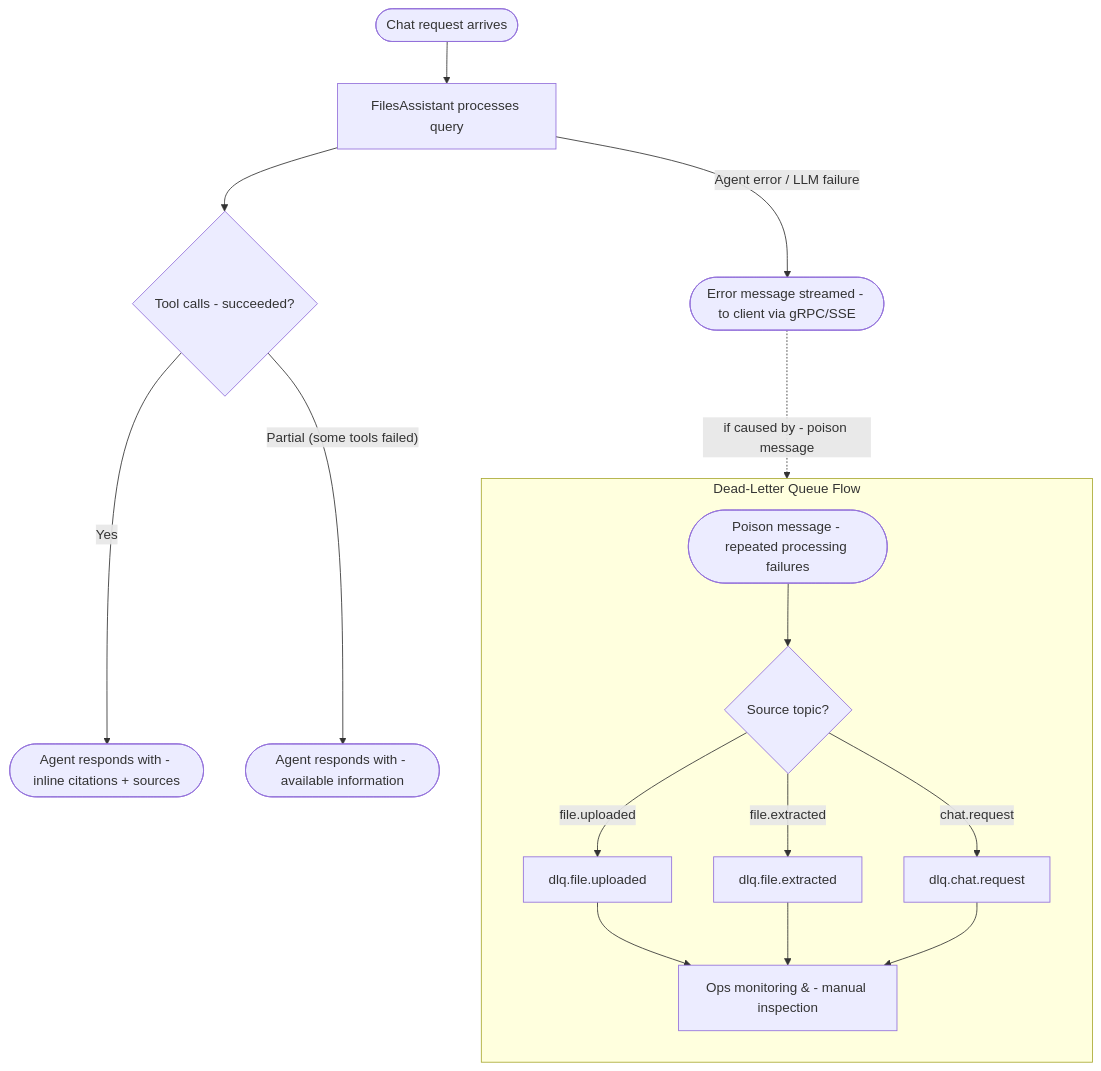
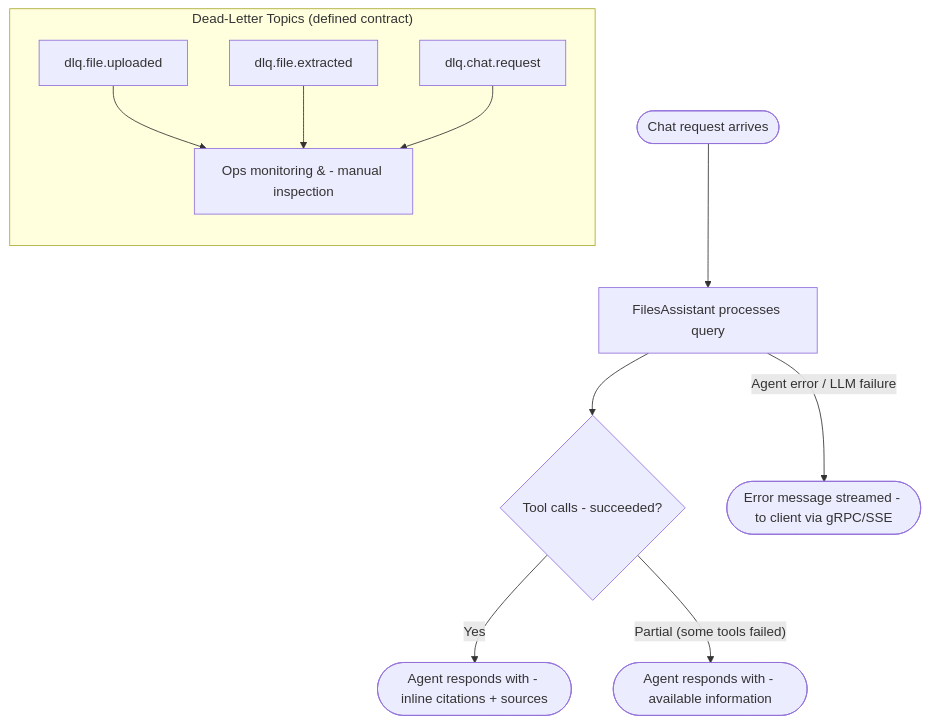
Before and after one commit to JackTran15/files-assistant-system: the fifth of 6 diagrams in docs/scenarios.md, drawn with Mermaid. The commit also changed other lines of this file, not shown here.

Commit message:
feat: enhance citation handling and clarify system architecture in documentation

````diff
--- a/docs/scenarios.md
+++ b/docs/scenarios.md
@@ -253,25 +255,22 @@
 ```mermaid
 flowchart TD
     Start(["Chat request arrives"]) --> Agent["FilesAssistant processes query"]
 
     Agent --> ToolOK{"Tool calls - succeeded?"}
 
     ToolOK -- Yes --> Respond(["Agent responds with - inline citations + sources"])
 
     ToolOK -- "Partial (some tools failed)" --> Partial(["Agent responds with - available information"])
 
     Agent -- "Agent error / LLM failure" --> ErrorMsg(["Error message streamed - to client via gRPC/SSE"])
 
-    subgraph DLQ["Dead-Letter Queue Flow"]
+    subgraph DLQ["Dead-Letter Topics (defined contract)"]
         direction TB
-        Poison(["Poison message - repeated processing failures"]) --> DLQRoute{"Source topic?"}
-        DLQRoute -- "file.uploaded" --> DLQF["dlq.file.uploaded"]
-        DLQRoute -- "file.extracted" --> DLQE["dlq.file.extracted"]
-        DLQRoute -- "chat.request" --> DLQC["dlq.chat.request"]
+        DLQF["dlq.file.uploaded"]
+        DLQE["dlq.file.extracted"]
+        DLQC["dlq.chat.request"]
         DLQF --> Monitor["Ops monitoring & - manual inspection"]
         DLQE --> Monitor
         DLQC --> Monitor
     end
-
-    ErrorMsg -.->|"if caused by - poison message"| Poison
 ```
````
